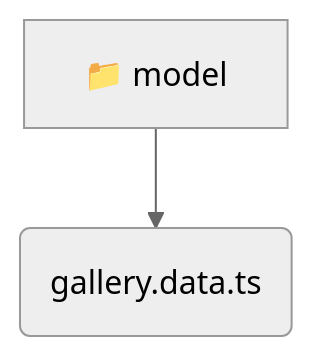
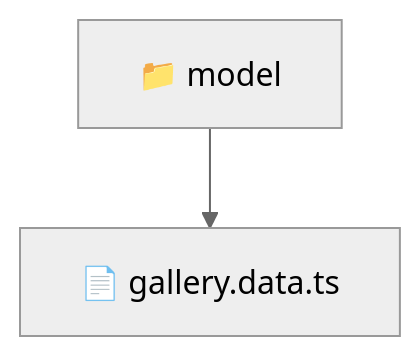
One commit to beginwebdev2002/fullstack-mavluda changed the diagram in frontend/src/features/gallery/model/README.md. Above: the diagram before and after it, drawn with Mermaid (neutral theme). The commit also changed other lines of this file and 163 other files, not shown here.

````diff
--- a/frontend/src/features/gallery/model/README.md
+++ b/frontend/src/features/gallery/model/README.md
@@ -11,5 +10,5 @@
 ```mermaid
 graph TD
-  model[📁 model]
-  model --> model_gallery_data_ts(gallery.data.ts)
+  Root["📁 model"]
+  Root --> gallerydatats["📄 gallery.data.ts"]
 ```
````
